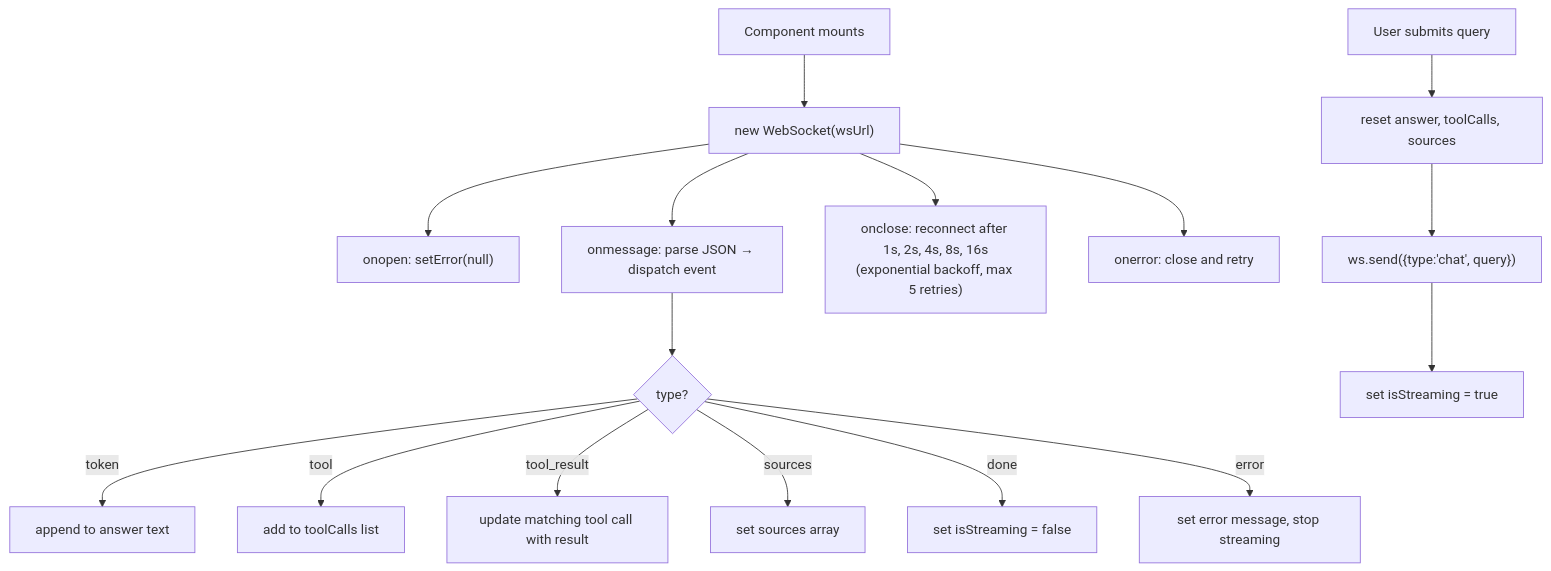
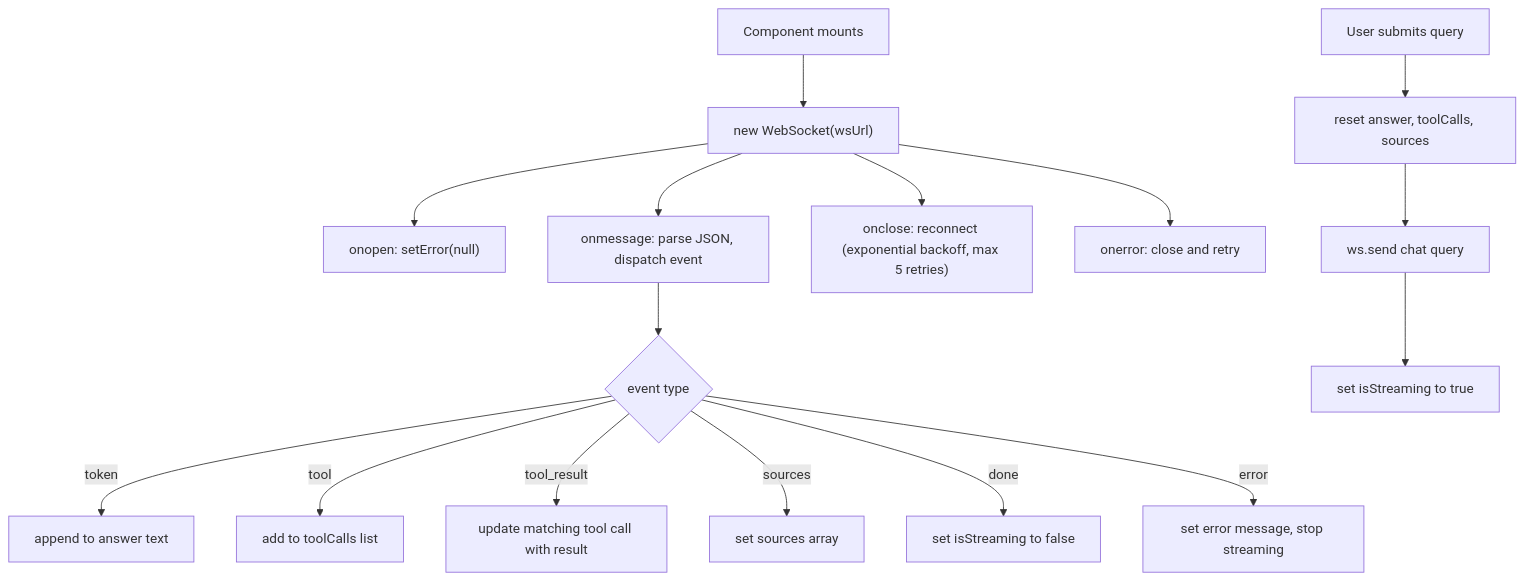
One commit to yessine15/sentinel changed diagram 21 of 29 in docs/PHASE2_EXPLAINED.md. Above: the diagram before and after it, drawn with Mermaid. The commit also changed other lines of this file, not shown here.

First line of the commit message:
docs: fix all mermaid v11.15.0 syntax errors in Phase 2 guide

````diff
--- a/docs/PHASE2_EXPLAINED.md
+++ b/docs/PHASE2_EXPLAINED.md
@@ -787,20 +776,20 @@
 ```mermaid
 flowchart TD
     MOUNT["Component mounts"] --> CONNECT["new WebSocket(wsUrl)"]
     CONNECT --> OPEN["onopen: setError(null)"]
-    CONNECT --> MSG["onmessage: parse JSON → dispatch event"]
-    CONNECT --> CLOSE["onclose: reconnect after 1s, 2s, 4s, 8s, 16s<br/>(exponential backoff, max 5 retries)"]
+    CONNECT --> MSG["onmessage: parse JSON, dispatch event"]
+    CONNECT --> CLOSE["onclose: reconnect (exponential backoff, max 5 retries)"]
     CONNECT --> ERR["onerror: close and retry"]
 
-    MSG --> TOKEN{"type?"}
+    MSG --> TOKEN{"event type"}
     TOKEN -->|"token"| T1["append to answer text"]
     TOKEN -->|"tool"| T2["add to toolCalls list"]
     TOKEN -->|"tool_result"| T3["update matching tool call with result"]
     TOKEN -->|"sources"| T4["set sources array"]
-    TOKEN -->|"done"| T5["set isStreaming = false"]
+    TOKEN -->|"done"| T5["set isStreaming to false"]
     TOKEN -->|"error"| T6["set error message, stop streaming"]
 
     SEND["User submits query"] --> RESET["reset answer, toolCalls, sources"]
-    RESET --> SENDWS["ws.send({type:'chat', query})"]
-    SENDWS --> STREAM["set isStreaming = true"]
+    RESET --> SENDWS["ws.send chat query"]
+    SENDWS --> STREAM["set isStreaming to true"]
 ```
````
